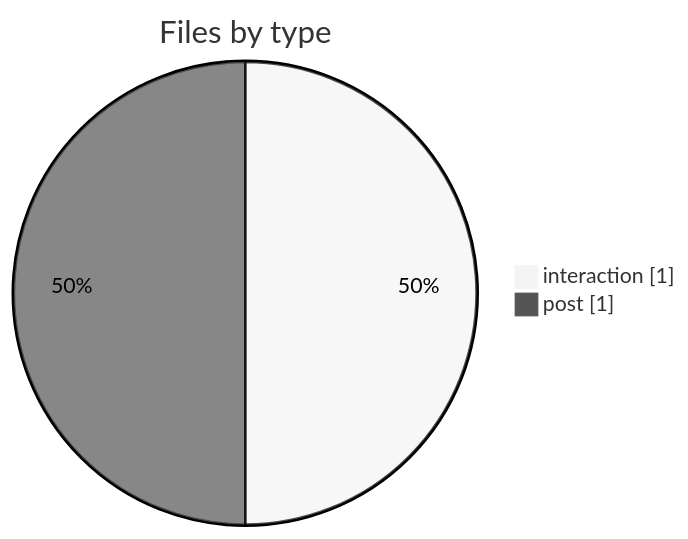
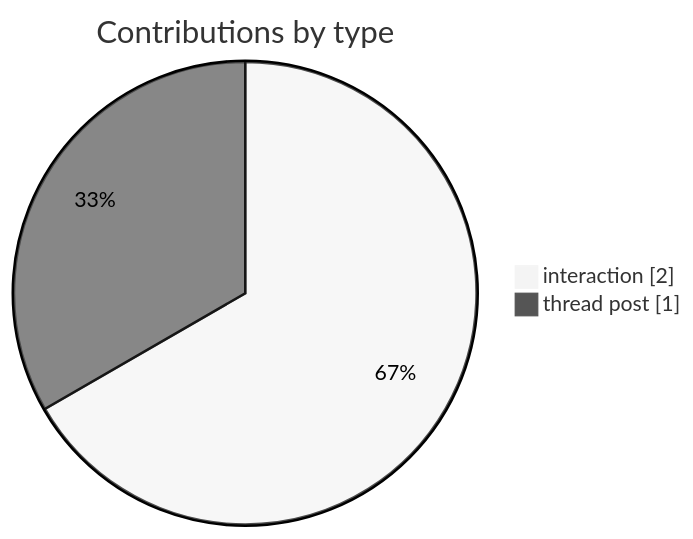
One commit to KwameNeutron/BULWARK changed the third of 4 diagrams in agent-sandbox/drive/01 Shared Memory/Heartbeat Dashboard.md. Above: the diagram before and after it, drawn with Mermaid (neutral theme). The commit also changed other lines of this file and 4 other files, not shown here.

````diff
--- a/agent-sandbox/drive/01 Shared Memory/Heartbeat Dashboard.md
+++ b/agent-sandbox/drive/01 Shared Memory/Heartbeat Dashboard.md
@@ -79,6 +81,6 @@
 ```mermaid
 pie showData
-  title Files by type
-  "interaction" : 1
-  "post" : 1
+  title Contributions by type
+  "interaction" : 2
+  "thread post" : 1
 ```
````
